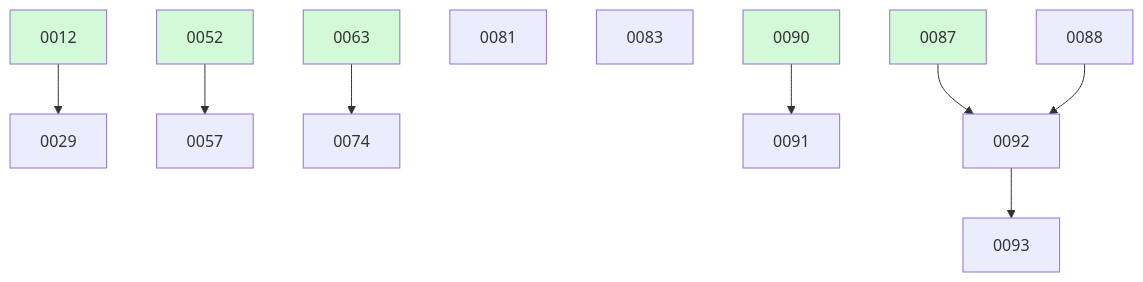
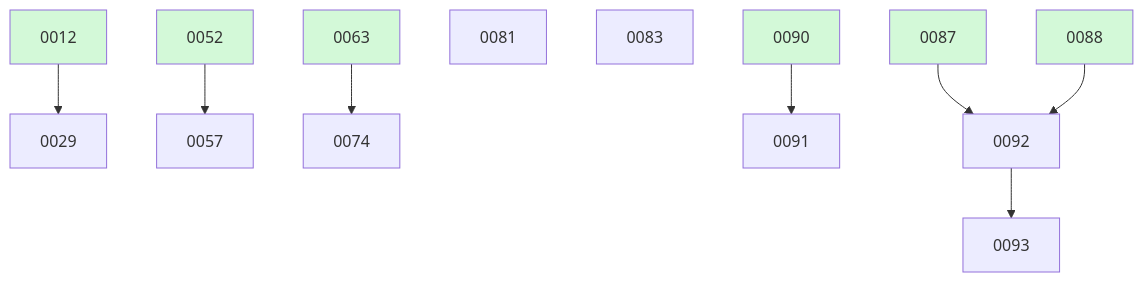
One commit to ethanhinson/fuse changed the diagram in docs/changes/BOARD.md. Above: the diagram before and after it, drawn with Mermaid. The commit also changed other lines of this file and 4 other files, not shown here.

````diff
--- a/docs/changes/BOARD.md
+++ b/docs/changes/BOARD.md
@@ -34,19 +33,19 @@
 ```mermaid
 graph TD
   0012 --> 0029
   0052 --> 0057
   0063 --> 0074
   0081
   0083
-  0088
   0090 --> 0091
   0087 --> 0092
   0088 --> 0092
   0092 --> 0093
   0012:::done
   0052:::done
   0063:::done
   0087:::done
+  0088:::done
   0090:::done
   classDef done fill:#d3f9d8;
 ```
````
